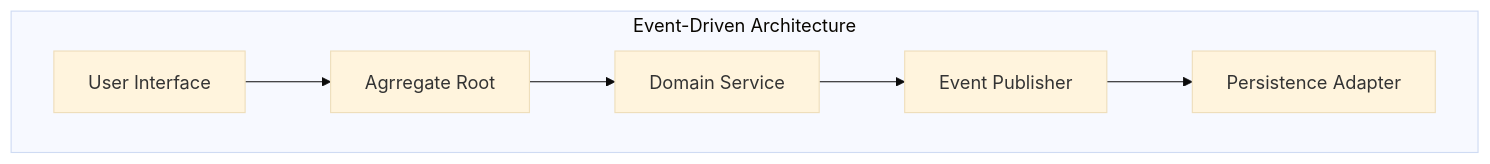
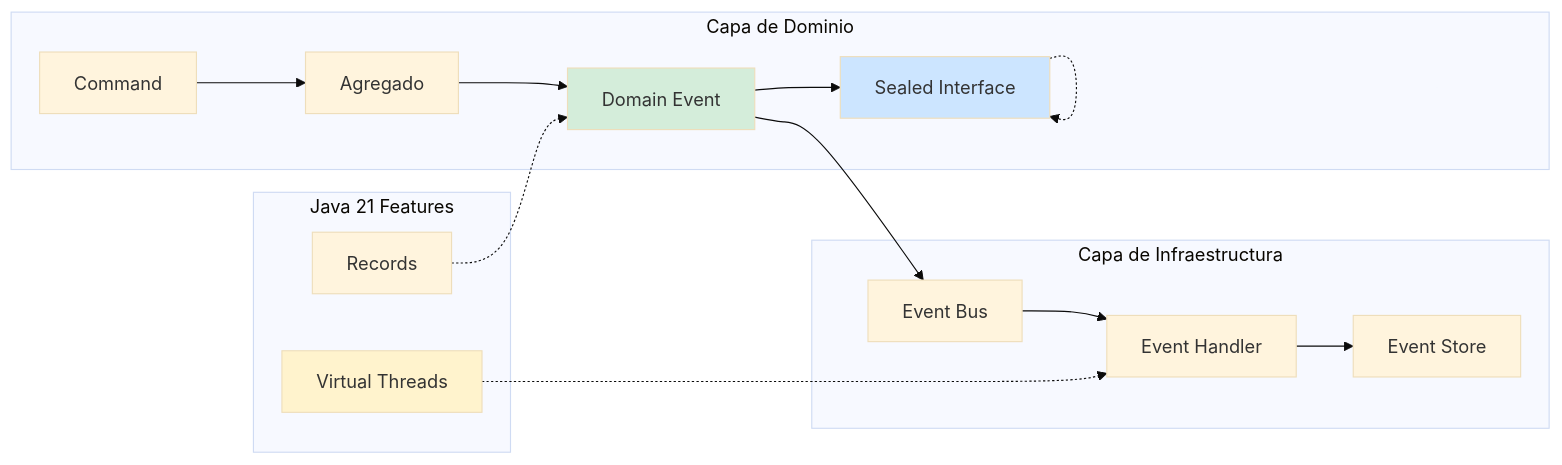
One commit to Joaquinriosheredia/DAM-Java-Mastery changed the second of 3 diagrams in _Review/domain_events_y_event_storming/domain_events_y_event_storming.md. Above: the diagram before and after it, drawn with Mermaid (base theme). The commit also changed other lines of this file, not shown here.

Commit message:
domain_events_y_event_storming.md

````diff
--- a/_Review/domain_events_y_event_storming/domain_events_y_event_storming.md
+++ b/_Review/domain_events_y_event_storming/domain_events_y_event_storming.md
@@ -78,9 +149,24 @@
 ```mermaid
-graph TD
-    subgraph Event-Driven Architecture [Event-Driven Architecture]
-        User[User Interface] --> AggregateRoot[Agrregate Root]
-        AggregateRoot --> DomainService[Domain Service]
-        DomainService --> EventPublisher[Event Publisher]
-        EventPublisher --> PersistenceAdapter[Persistence Adapter]
+graph LR
+    subgraph "Capa de Dominio"
+        CMD[Command] --> AGG[Agregado]
+        AGG --> EVT[Domain Event]
+        EVT --> SEALED[Sealed Interface]
     end
+    
+    subgraph "Capa de Infraestructura"
+        EVT --> BUS[Event Bus]
+        BUS --> HANDLER[Event Handler]
+        HANDLER --> DB[Event Store]
+    end
+    
+    subgraph "Java 21 Features"
+        REC[Records] -.-> EVT
+        VT[Virtual Threads] -.-> HANDLER
+        SEALED -.-> SEALED
+    end
+    
+    style EVT fill:#d4edda
+    style SEALED fill:#cce5ff
+    style VT fill:#fff3cd
 ```
````
